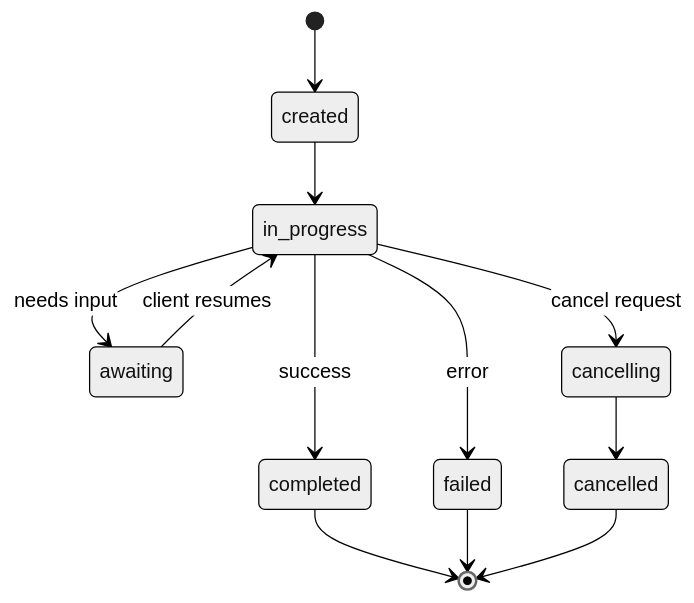
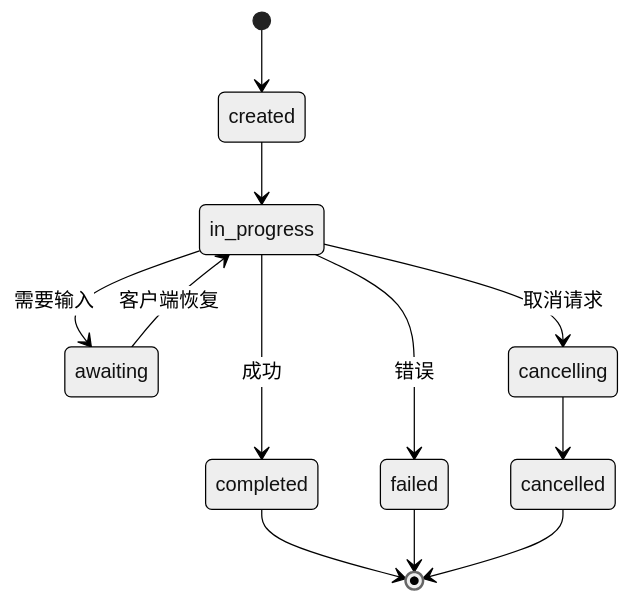
Before and after one commit to guangningsun/ailearning: the seventh of 13 diagrams in lessons/16-multi-agent-and-swarms/03-communication-protocols/docs/zh.md, drawn with Mermaid (neutral theme). The commit also changed other lines of this file and 25 other files, not shown here.

````diff
--- a/lessons/16-multi-agent-and-swarms/03-communication-protocols/docs/zh.md
+++ b/lessons/16-multi-agent-and-swarms/03-communication-protocols/docs/zh.md
@@ -357,15 +357,15 @@
 ```mermaid
 stateDiagram-v2
     [*] --> created
     created --> in_progress
-    in_progress --> completed: success
-    in_progress --> failed: error
-    in_progress --> awaiting: needs input
-    awaiting --> in_progress: client resumes
-    in_progress --> cancelling: cancel request
+    in_progress --> completed: 成功
+    in_progress --> failed: 错误
+    in_progress --> awaiting: 需要输入
+    awaiting --> in_progress: 客户端恢复
+    in_progress --> cancelling: 取消请求
     cancelling --> cancelled
 
     completed --> [*]
     failed --> [*]
     cancelled --> [*]
 ```
````
